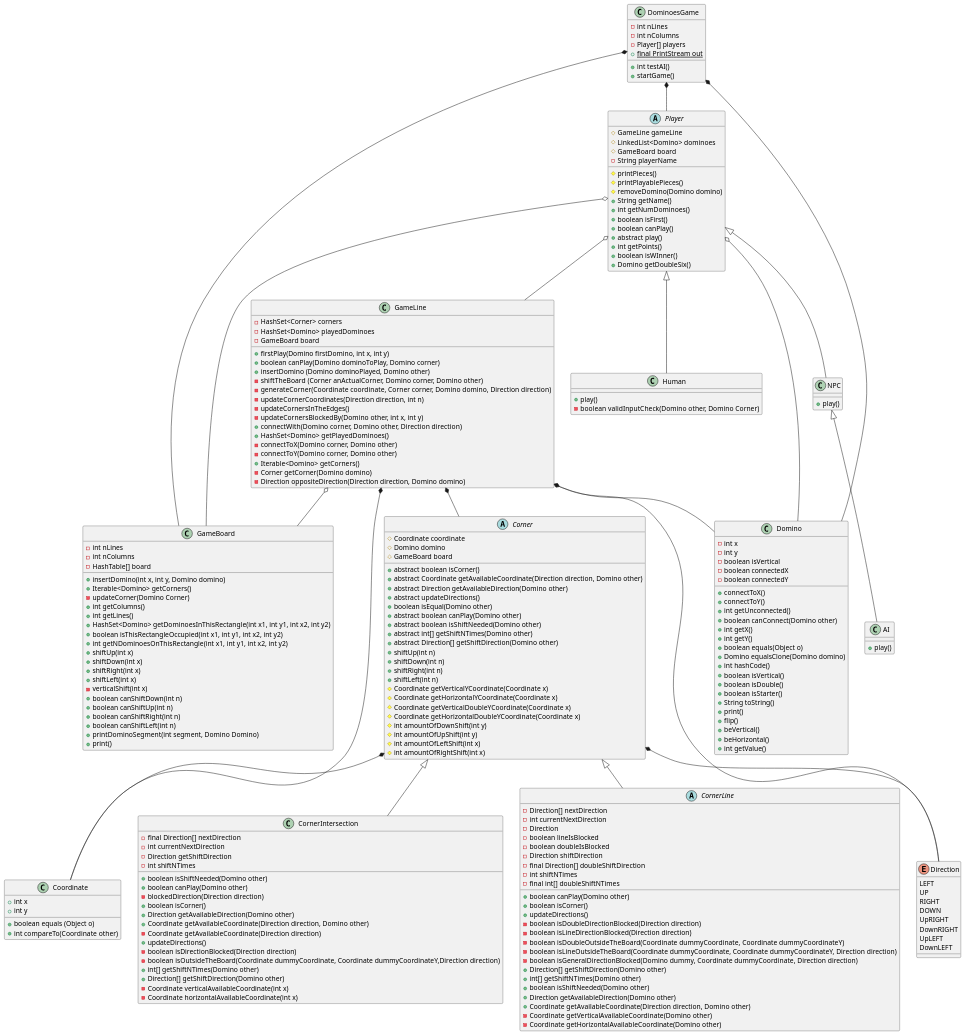
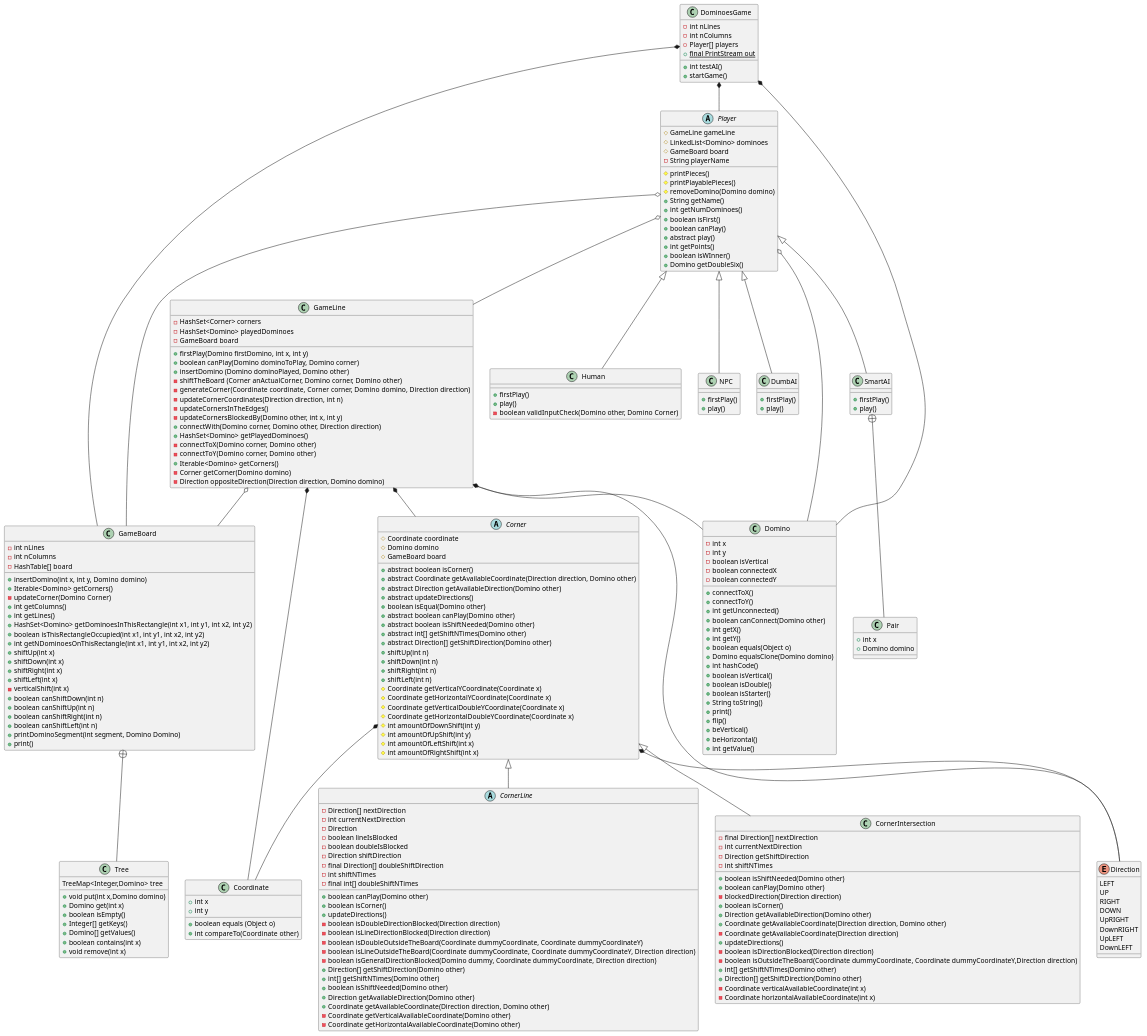
Before and after one commit to afonsoflou/DominoPOO: the diagram in src/DominoUML.puml, drawn with PlantUML.

Commit message:
Final UML

```diff
--- a/src/DominoUML.puml
+++ b/src/DominoUML.puml
@@ -110,15 +110,23 @@
 }
 
 class Human {
+    + firstPlay()
     + play()
     - boolean validInputCheck(Domino other, Domino Corner)
 }
 
 class NPC {
+    + firstPlay()
     + play()
 }
 
-class AI {
+class DumbAI {
+    + firstPlay()
+    + play()
+}
+
+class SmartAI {
+    + firstPlay()
     + play()
 }
 
@@ -182,6 +190,18 @@
 }
 
 
+class Tree{
+      TreeMap<Integer,Domino> tree
+      + void put(int x,Domino domino)
+      + Domino get(int x)
+      + boolean isEmpty()
+      + Integer[] getKeys()
+      + Domino[] getValues()
+      + boolean contains(int x)
+      + void remove(int x)
+}
+
+
 abstract class CornerLine{
     -Direction[] nextDirection
     -int currentNextDirection
@@ -221,6 +241,11 @@
     DownLEFT
 }
 
+class Pair{
+    + int x
+    + Domino domino
+}
+
 DominoesGame *-- Domino
 DominoesGame *-- GameBoard
 DominoesGame *-- Player
@@ -235,9 +260,12 @@
 GameLine o-- GameBoard
 Player <|-- Human
 Player <|--NPC
-NPC <|-- AI
+Player <|-- DumbAI
+Player <|-- SmartAI
 Corner <|-- CornerIntersection
 Corner <|-- CornerLine
 GameLine *-- Corner
+SmartAI +-- Pair
+GameBoard +-- Tree
 
 @enduml
```
